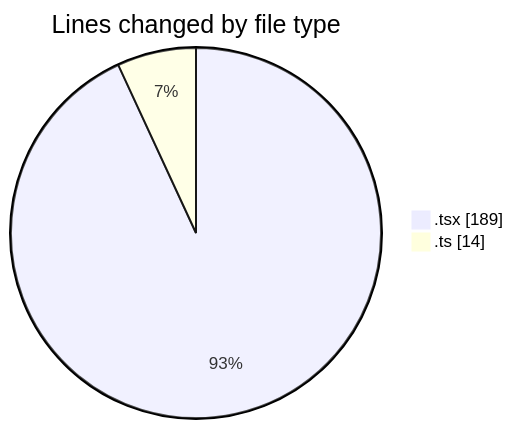
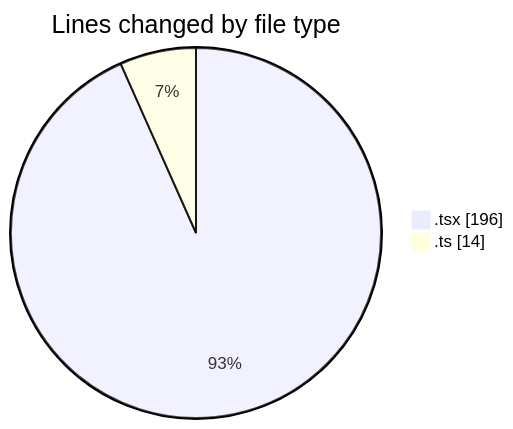
Before and after one commit to robertbonfada/code-tracking: the first of 2 diagrams in 2025-01-10/mbc-web/README.md, drawn with Mermaid. The commit also changed other lines of this file and 1 other file, not shown here.

````diff
--- a/2025-01-10/mbc-web/README.md
+++ b/2025-01-10/mbc-web/README.md
@@ -23,6 +23,6 @@
 ```mermaid
 pie showData
 title Lines changed by file type
-".tsx" : 189
+".tsx" : 196
 ".ts" : 14
 ```
````
